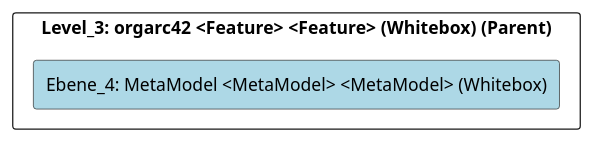
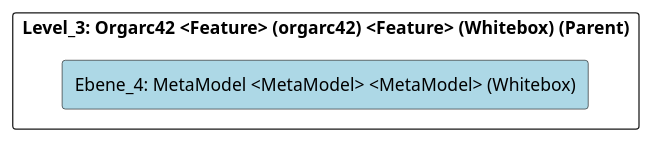
Before and after one commit to marcozwyssig/cleon: the diagram in doc/cleonproject_deliverables_architecture_model_architecture/adoc/de/05_bausteinsicht/cleon/architecture_methods/orgarc42/metamodel/ebene_4_metamodel.adoc, drawn with PlantUML. The commit also changed other lines of this file and 166 other files, not shown here.

```diff
--- a/doc/cleonproject_deliverables_architecture_model_architecture/adoc/de/05_bausteinsicht/cleon/architecture_methods/orgarc42/metamodel/ebene_4_metamodel.adoc
+++ b/doc/cleonproject_deliverables_architecture_model_architecture/adoc/de/05_bausteinsicht/cleon/architecture_methods/orgarc42/metamodel/ebene_4_metamodel.adoc
@@ -21,24 +21,24 @@
 [plantuml, Ebene_4: MetaModel <MetaModel> <MetaModel> (Whitebox)BlockOverview, format="svg"]
 ----
 @startuml Ebene_4: MetaModel <MetaModel> <MetaModel> (Whitebox)BuildingBlockOverview
 
 skinparam ranksep 10
 skinparam componentStyle rectangle
 skinparam shadowing false
 skinparam arrowColor lightblue
 skinparam arrowThickness 1.2
 skinparam rectangle {
   BackgroundColor White
   BorderColor #333
   RoundCorner 10
 }
 top to bottom direction
 
-component "Level_3: orgarc42 <Feature> <Feature> (Whitebox) (Parent)" {
+component "Level_3: Orgarc42 <Feature> (orgarc42) <Feature> (Whitebox) (Parent)" {
     component "Ebene_4: MetaModel <MetaModel> <MetaModel> (Whitebox)" #lightblue {
     }
 
 }
 
 @enduml
 ----
```
